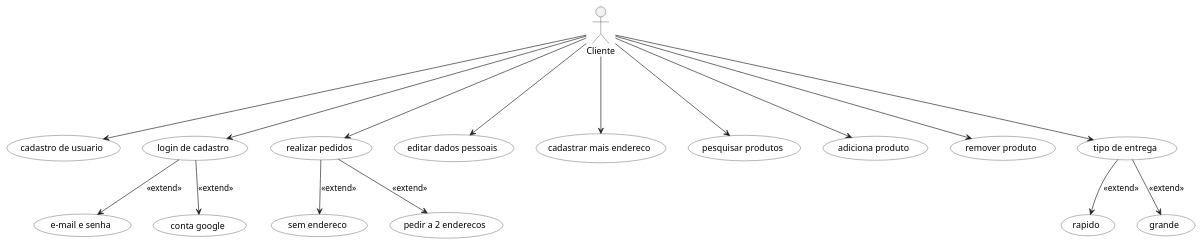
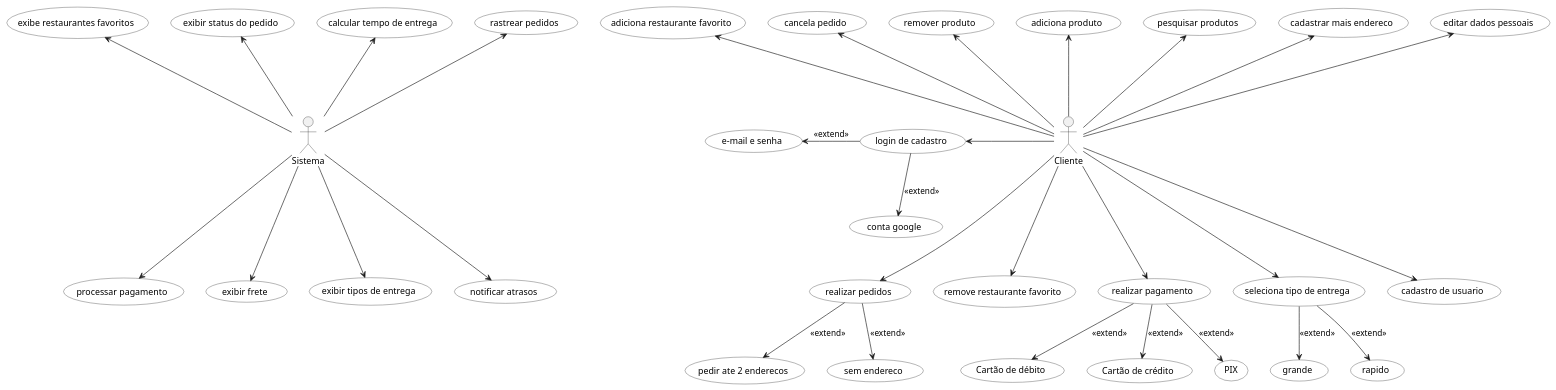
The diagram in docs/modelagem/diagrama_de_casos_de_uso.md (Projetos-de-Extensao/PBE_25.1_8001_VI), drawn with PlantUML before and after one commit. The commit also changed other lines of this file, not shown here.

Commit message:
atualizacao do diagrama de casos de uso

````diff
--- a/docs/modelagem/diagrama_de_casos_de_uso.md
+++ b/docs/modelagem/diagrama_de_casos_de_uso.md
@@ -24,44 +24,84 @@
 @startuml
 
 actor :Cliente: as A
+actor :Sistema: as S
 usecase "cadastro de usuario" #white
 usecase "login de cadastro" #white
 usecase "e-mail e senha" #white
 usecase "conta google" #white
 usecase "realizar pedidos" #white
 usecase "sem endereco" #white
-usecase "pedir a 2 enderecos" #white
+usecase "pedir ate 2 enderecos" #white
 usecase "editar dados pessoais" #white
 usecase "cadastrar mais endereco" #white
 usecase "pesquisar produtos" #white
 usecase "adiciona produto" #white
 usecase "remover produto" #white
-usecase "tipo de entrega" #white
 usecase "rapido" #white
 usecase "grande" #white
+usecase "rastrear pedidos" #white
+usecase "calcular tempo de entrega" #white
+usecase "exibir status do pedido" #white
+usecase "exibe restaurantes favoritos" #white
+usecase "processar pagamento" #white
+usecase "exibir frete" #white
+usecase "exibir tipos de entrega" #white
+usecase "cancela pedido" #white
+usecase "adiciona restaurante favorito" #white
+usecase "remove restaurante favorito" #white
+usecase "realizar pagamento" #white
+usecase "PIX" #white
+usecase "Cartão de débito" #white
+usecase "Cartão de crédito" #white
+usecase "seleciona tipo de entrega" #white
+usecase "notificar atrasos" #white
+
 
 A ---> (cadastro de usuario)
 
-A ---> (login de cadastro)
-(login de cadastro) --> (e-mail e senha): <<extend>>
+A --left-> (login de cadastro)
+(login de cadastro) -left-> (e-mail e senha): <<extend>>
 (login de cadastro) --> (conta google): <<extend>>
 
 A ---> (realizar pedidos)
 (realizar pedidos) --> (sem endereco): <<extend>>
-(realizar pedidos) --> (pedir a 2 enderecos): <<extend>>
+(realizar pedidos) --> (pedir ate 2 enderecos): <<extend>>
 
-A ---> (editar dados pessoais)
+A --up-> (editar dados pessoais)
 
-A ---> (cadastrar mais endereco)
+A --up-> (cadastrar mais endereco)
 
-A ---> (pesquisar produtos)
+A --up-> (pesquisar produtos)
 
-A ---> (adiciona produto)
+A --up-> (adiciona produto)
 
-A ---> (remover produto)
+A --up-> (remover produto)
 
-A ---> (tipo de entrega)
-(tipo de entrega) --> (rapido): <<extend>>
-(tipo de entrega) --> (grande): <<extend>>
+A --up-> (cancela pedido)
+
+A -up--> (adiciona restaurante favorito)
+
+A ---> (remove restaurante favorito)
+
+A ---> (realizar pagamento)
+(realizar pagamento) --> (Cartão de crédito): <<extend>>
+(realizar pagamento) --> (PIX): <<extend>>
+(realizar pagamento) --> (Cartão de débito): <<extend>>
+
+
+A ---> (seleciona tipo de entrega)
+(seleciona tipo de entrega) --> (rapido): <<extend>>
+(seleciona tipo de entrega) --> (grande): <<extend>>
+
+S -up--> (rastrear pedidos)
+S -up--> (calcular tempo de entrega)
+S -up--> (exibir status do pedido)
+S -up--> (exibe restaurantes favoritos)
+S ---> (processar pagamento)
+S ---> (exibir frete)
+S ---> (notificar atrasos)
+S ---> (exibir tipos de entrega)
+
+
 @enduml
 ```
````
